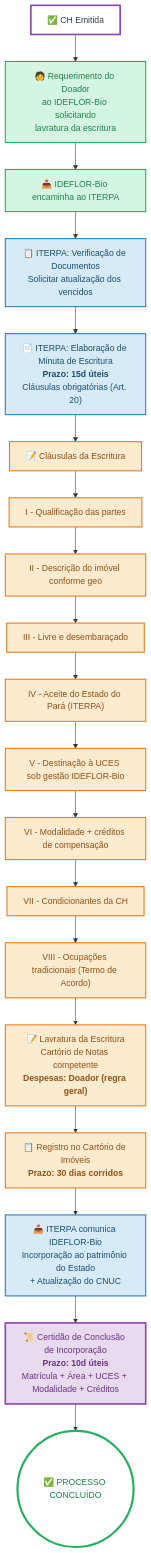
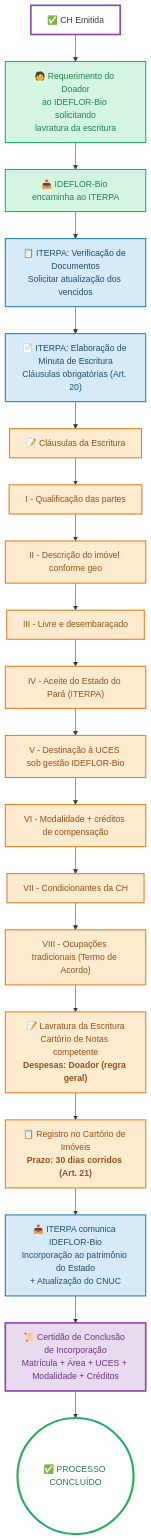
The diagram in docs/03-fluxos/imagens/07-fase-iii.mmd (NGEO-IDEFLOR-Bio/certFundiaria-uces-pa), drawn with Mermaid before and after one commit. The commit also changed 31 other files, not shown here.

Commit message:
docs: atualiza especificacoes de planejamento e diagramas com a IN Conjunta oficial 2026

```diff
--- a/docs/03-fluxos/imagens/07-fase-iii.mmd
+++ b/docs/03-fluxos/imagens/07-fase-iii.mmd
@@ -1,40 +1,40 @@
 flowchart TD
     classDef fase3 fill:#FDEBD0,stroke:#E67E22,stroke-width:2px,color:#935116
     classDef documento fill:#E8DAEF,stroke:#8E44AD,stroke-width:2px,color:#6C3483
     classDef inicio fill:#FFFFFF,stroke:#2C3E50,stroke-width:2px,color:#2C3E50
     classDef iterpa fill:#D6EAF8,stroke:#2980B9,stroke-width:2px,color:#1B4F72
     classDef ideflor fill:#D5F5E3,stroke:#27AE60,stroke-width:2px,color:#1E8449
 
     CHOK["✅ CH Emitida"]:::inicio
     --> REQ["🧑 Requerimento do Doador<br/>ao IDEFLOR-Bio solicitando<br/>lavratura da escritura"]:::ideflor
 
     REQ --> ENC["📤 IDEFLOR-Bio encaminha ao ITERPA"]:::ideflor
 
     ENC --> VERIF["📋 ITERPA: Verificação de Documentos<br/>Solicitar atualização dos vencidos"]:::iterpa
 
-    VERIF --> MINUTA["📄 ITERPA: Elaboração de Minuta de Escritura<br/><b>Prazo: 15d úteis</b><br/>Cláusulas obrigatórias (Art. 20)"]:::iterpa
+    VERIF --> MINUTA["📄 ITERPA: Elaboração de Minuta de Escritura<br/>Cláusulas obrigatórias (Art. 20)"]:::iterpa
 
     MINUTA --> CLAUSULAS["📝 Cláusulas da Escritura"]:::fase3
 
     CLAUSULAS --> C1["I - Qualificação das partes"]:::fase3
     C1 --> C2["II - Descrição do imóvel conforme geo"]:::fase3
     C2 --> C3["III - Livre e desembaraçado"]:::fase3
     C3 --> C4["IV - Aceite do Estado do Pará (ITERPA)"]:::fase3
     C4 --> C5["V - Destinação à UCES sob gestão IDEFLOR-Bio"]:::fase3
     C5 --> C6["VI - Modalidade + créditos de compensação"]:::fase3
     C6 --> C7["VII - Condicionantes da CH"]:::fase3
     C7 --> C8["VIII - Ocupações tradicionais (Termo de Acordo)"]:::fase3
 
     C8 --> LAV["📝 Lavratura da Escritura<br/>Cartório de Notas competente<br/><b>Despesas: Doador (regra geral)</b>"]:::fase3
 
-    LAV --> REG["📋 Registro no Cartório de Imóveis<br/><b>Prazo: 30 dias corridos</b>"]:::fase3
+    LAV --> REG["📋 Registro no Cartório de Imóveis<br/><b>Prazo: 30 dias corridos (Art. 21)</b>"]:::fase3
 
     REG --> COM["📤 ITERPA comunica IDEFLOR-Bio<br/>Incorporação ao patrimônio do Estado<br/>+ Atualização do CNUC"]:::iterpa
 
-    COM --> CCI["📜 Certidão de Conclusão de Incorporação<br/><b>Prazo: 10d úteis</b><br/>Matrícula + Área + UCES + Modalidade + Créditos"]:::documento
+    COM --> CCI["📜 Certidão de Conclusão de Incorporação<br/>Matrícula + Área + UCES + Modalidade + Créditos"]:::documento
 
     CCI --> FIM(("✅ PROCESSO CONCLUÍDO")):::inicio
 
     style FIM stroke:#27AE60,stroke-width:4px,color:#1E8449
     style CCI stroke-width:3px
     style CHOK stroke:#8E44AD,stroke-width:3px
```
